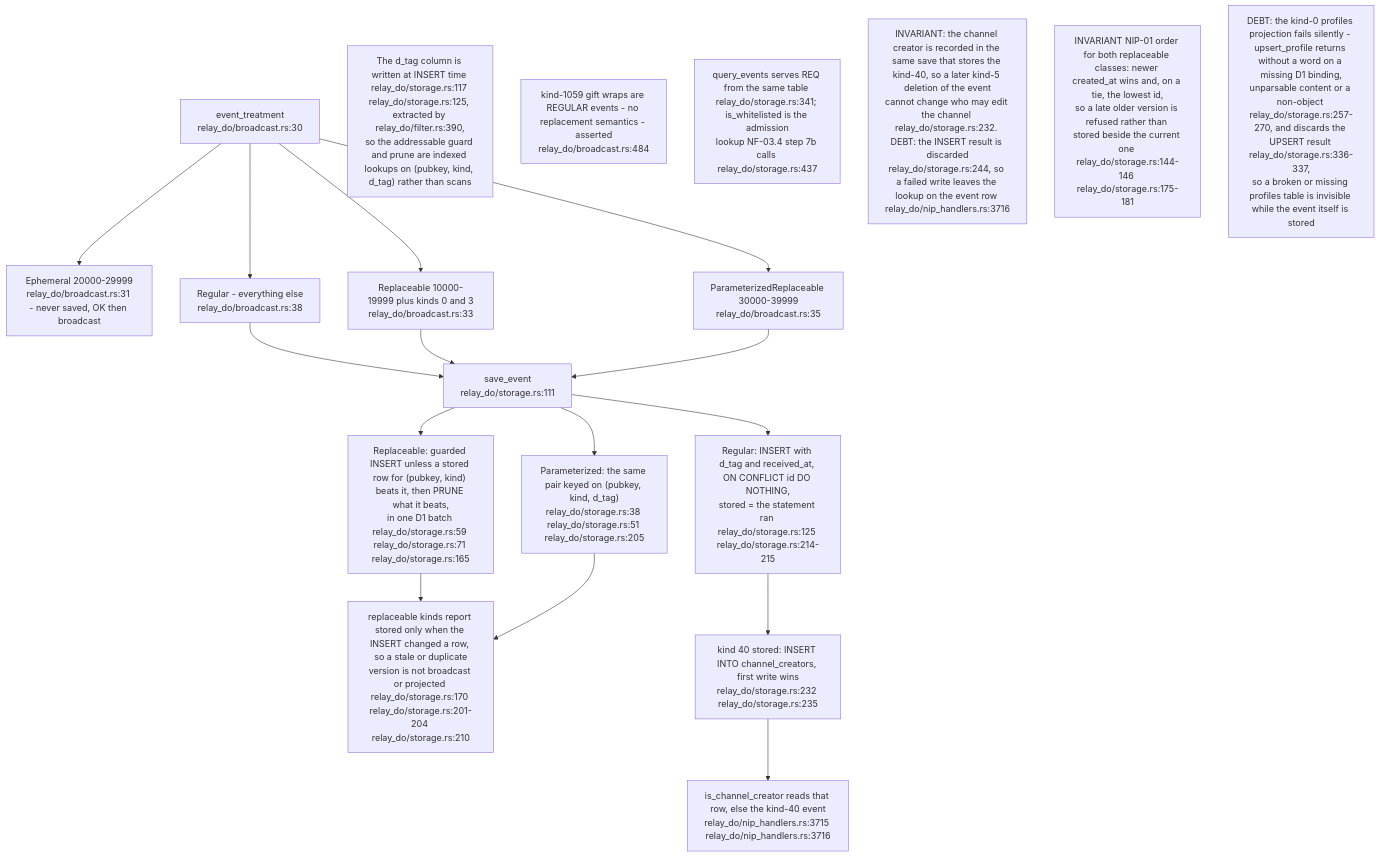
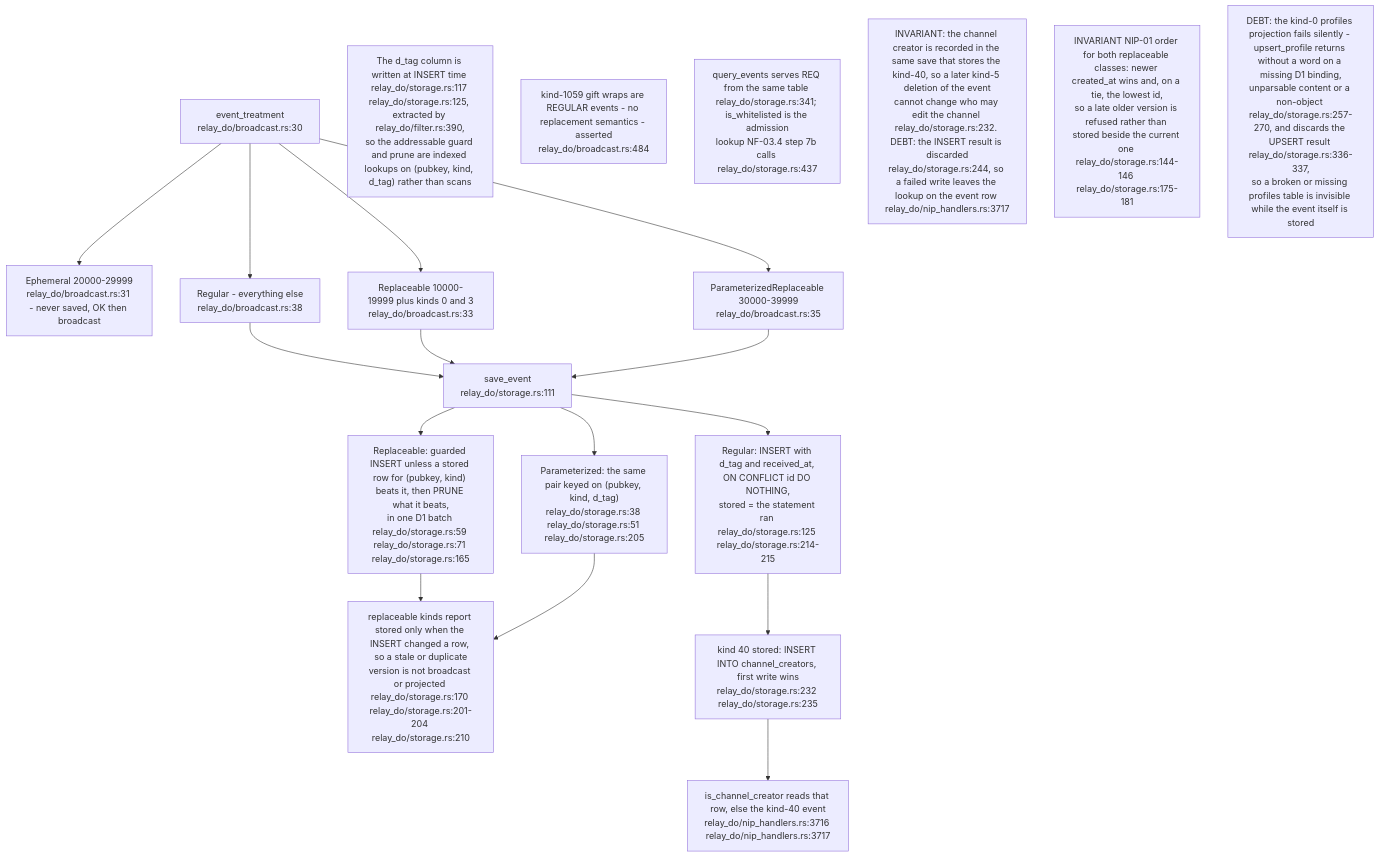
Before and after one commit to DreamLab-AI/VisionFlow: the third of 18 diagrams in docs/diagrams/nostr-rust-forum/11-relay-durable-object-internals.md, drawn with Mermaid. The commit also changed other lines of this file and 23 other files, not shown here.

First line of the commit message:
docs(diagrams): pass C nostr-rust-forum area re-verified at de31aaa

````diff
--- a/docs/diagrams/nostr-rust-forum/11-relay-durable-object-internals.md
+++ b/docs/diagrams/nostr-rust-forum/11-relay-durable-object-internals.md
@@ -120,30 +120,30 @@
 ```mermaid
 flowchart TB
     T["event_treatment<br/>relay_do/broadcast.rs:30"]
     EPH["Ephemeral 20000-29999<br/>relay_do/broadcast.rs:31 - never saved, OK then broadcast"]
     REP["Replaceable 10000-19999 plus kinds 0 and 3<br/>relay_do/broadcast.rs:33"]
     PAR["ParameterizedReplaceable 30000-39999<br/>relay_do/broadcast.rs:35"]
     REG["Regular - everything else<br/>relay_do/broadcast.rs:38"]
     SAVE["save_event<br/>relay_do/storage.rs:111"]
     INS["Regular: INSERT with d_tag and received_at, ON CONFLICT id DO NOTHING,<br/>stored = the statement ran relay_do/storage.rs:125 relay_do/storage.rs:214-215"]
     D1D["Replaceable: guarded INSERT unless a stored row for (pubkey, kind) beats it, then PRUNE what it beats,<br/>in one D1 batch relay_do/storage.rs:59 relay_do/storage.rs:71 relay_do/storage.rs:165"]
     D2D["Parameterized: the same pair keyed on (pubkey, kind, d_tag)<br/>relay_do/storage.rs:38 relay_do/storage.rs:51 relay_do/storage.rs:205"]
     KEPT["replaceable kinds report stored only when the INSERT changed a row, so a stale or duplicate<br/>version is not broadcast or projected relay_do/storage.rs:170 relay_do/storage.rs:201-204 relay_do/storage.rs:210"]
     CRE["kind 40 stored: INSERT INTO channel_creators, first write wins<br/>relay_do/storage.rs:232 relay_do/storage.rs:235"]
-    ISCC["is_channel_creator reads that row, else the kind-40 event<br/>relay_do/nip_handlers.rs:3715 relay_do/nip_handlers.rs:3716"]
+    ISCC["is_channel_creator reads that row, else the kind-40 event<br/>relay_do/nip_handlers.rs:3716 relay_do/nip_handlers.rs:3717"]
 
     T --> EPH & REP & PAR & REG
     REG --> SAVE --> INS
     REP --> SAVE
     PAR --> SAVE
     SAVE --> D1D & D2D
     D1D & D2D --> KEPT
     INS --> CRE --> ISCC
 
     N1["The d_tag column is written at INSERT time relay_do/storage.rs:117 relay_do/storage.rs:125, extracted by relay_do/filter.rs:390,<br/>so the addressable guard and prune are indexed lookups on (pubkey, kind, d_tag) rather than scans"]
     N2["kind-1059 gift wraps are REGULAR events - no replacement semantics - asserted<br/>relay_do/broadcast.rs:484"]
     N3["query_events serves REQ from the same table relay_do/storage.rs:341; is_whitelisted is the admission<br/>lookup NF-03.4 step 7b calls relay_do/storage.rs:437"]
-    N4["INVARIANT: the channel creator is recorded in the same save that stores the kind-40, so a later kind-5 deletion of the event<br/>cannot change who may edit the channel relay_do/storage.rs:232. DEBT: the INSERT result is discarded<br/>relay_do/storage.rs:244, so a failed write leaves the lookup on the event row relay_do/nip_handlers.rs:3716"]
+    N4["INVARIANT: the channel creator is recorded in the same save that stores the kind-40, so a later kind-5 deletion of the event<br/>cannot change who may edit the channel relay_do/storage.rs:232. DEBT: the INSERT result is discarded<br/>relay_do/storage.rs:244, so a failed write leaves the lookup on the event row relay_do/nip_handlers.rs:3717"]
     N5["INVARIANT NIP-01 order for both replaceable classes: newer created_at wins and, on a tie, the lowest id,<br/>so a late older version is refused rather than stored beside the current one relay_do/storage.rs:144-146 relay_do/storage.rs:175-181"]
     N6["DEBT: the kind-0 profiles projection fails silently - upsert_profile returns without a word on a missing D1 binding,<br/>unparsable content or a non-object relay_do/storage.rs:257-270, and discards the UPSERT result relay_do/storage.rs:336-337,<br/>so a broken or missing profiles table is invisible while the event itself is stored"]
 ```
````
